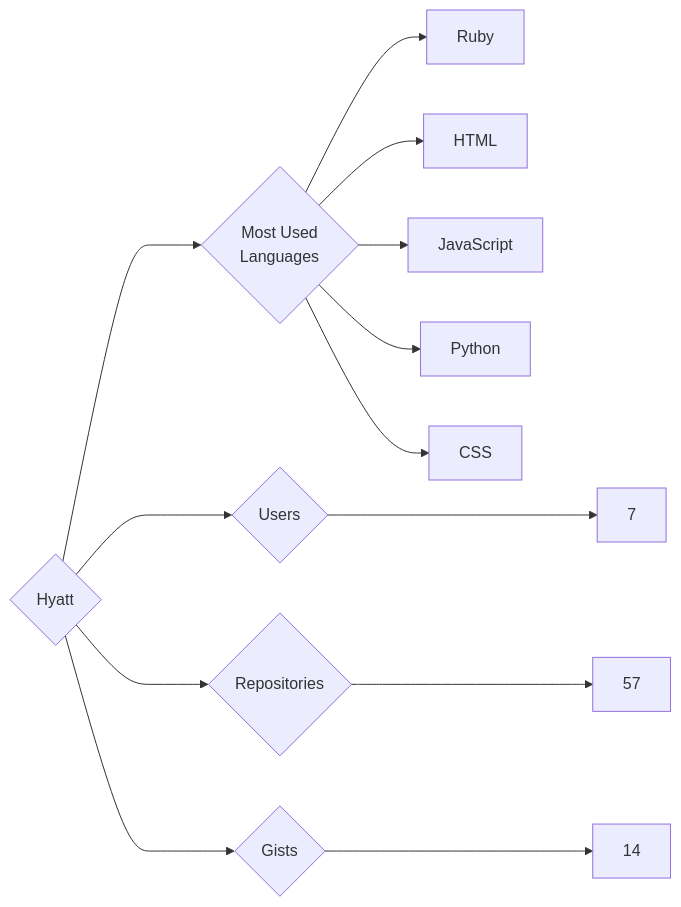
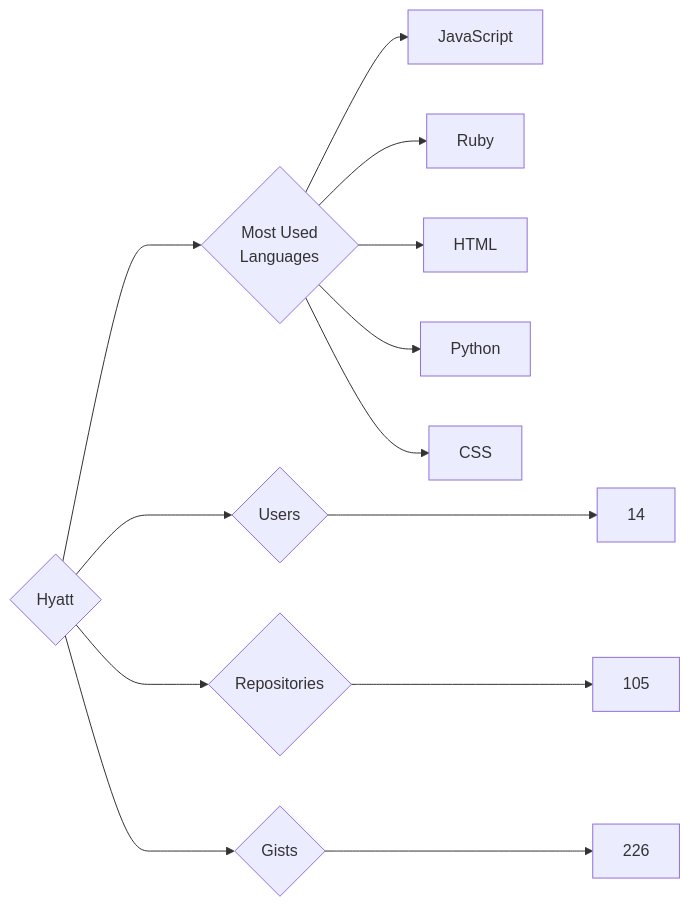
The diagram in targets/Hyatt/README.md (trickest/insiders), drawn with Mermaid before and after one commit. The commit also changed 984 other files, not shown here.

````diff
--- a/targets/Hyatt/README.md
+++ b/targets/Hyatt/README.md
@@ -3,13 +3,13 @@
 ```mermaid
 graph LR
 COMPANY_NAME{Hyatt}
-COMPANY_NAME ---> U{Users} ---> UN[7]
-COMPANY_NAME ---> R{Repositories} ---> RN[57]
-COMPANY_NAME ---> G{Gists} ---> GN[14]
+COMPANY_NAME ---> U{Users} ---> UN[14]
+COMPANY_NAME ---> R{Repositories} ---> RN[105]
+COMPANY_NAME ---> G{Gists} ---> GN[226]
 COMPANY_NAME ---> ML{Most Used<br>Languages}
+ML --> JavaScript[JavaScript]
 ML --> Ruby[Ruby]
 ML --> HTML[HTML]
-ML --> JavaScript[JavaScript]
 ML --> Python[Python]
 ML --> CSS[CSS]
 ```
````
